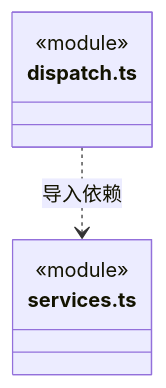
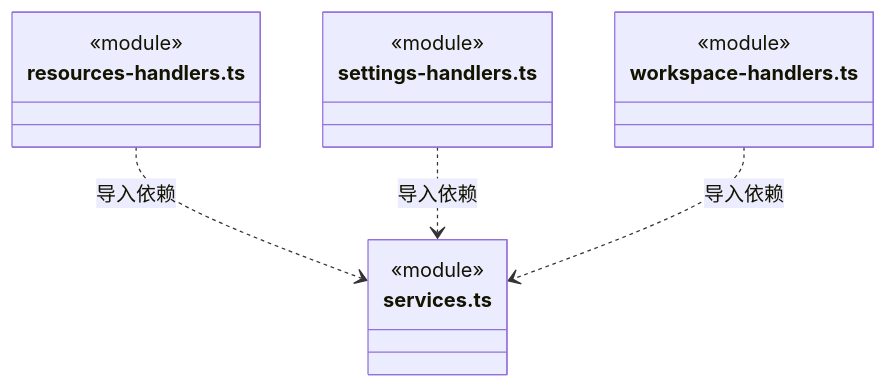
Diagram 19 of 19 in src/backend/main/ipc/ARCHITECTURE.md (nan023062/cbim), drawn with Mermaid before and after one commit. The commit also changed other lines of this file and 356 other files, not shown here.

First line of the commit message:
chore: preserve architecture remediation before desktop 0.1.7 alignment

````diff
--- a/src/backend/main/ipc/ARCHITECTURE.md
+++ b/src/backend/main/ipc/ARCHITECTURE.md
@@ -92,10 +337,18 @@
 ```mermaid
 classDiagram
-class N_src_backend_main_ipc_dispatch_ts["dispatch.ts"] {
+class N_src_backend_main_ipc_resources_handlers_ts["resources-handlers.ts"] {
   <<module>>
 }
 class N_src_backend_main_ipc_services_ts["services.ts"] {
   <<module>>
 }
-N_src_backend_main_ipc_dispatch_ts ..> N_src_backend_main_ipc_services_ts : 导入依赖
+class N_src_backend_main_ipc_settings_handlers_ts["settings-handlers.ts"] {
+  <<module>>
+}
+class N_src_backend_main_ipc_workspace_handlers_ts["workspace-handlers.ts"] {
+  <<module>>
+}
+N_src_backend_main_ipc_resources_handlers_ts ..> N_src_backend_main_ipc_services_ts : 导入依赖
+N_src_backend_main_ipc_settings_handlers_ts ..> N_src_backend_main_ipc_services_ts : 导入依赖
+N_src_backend_main_ipc_workspace_handlers_ts ..> N_src_backend_main_ipc_services_ts : 导入依赖
 ```
````
